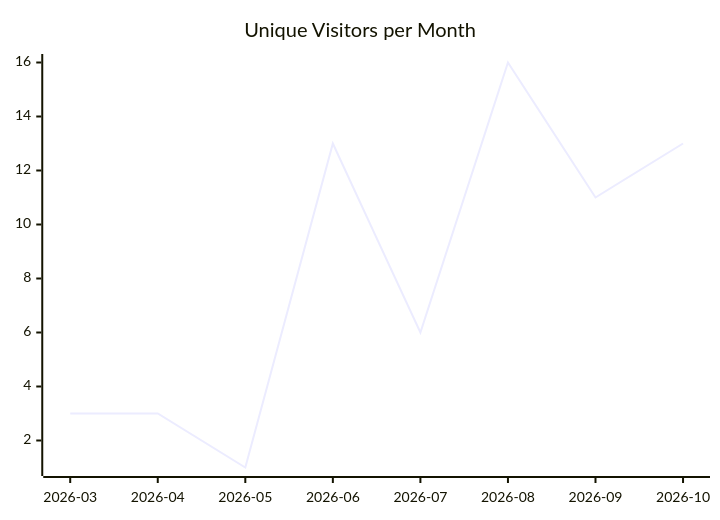
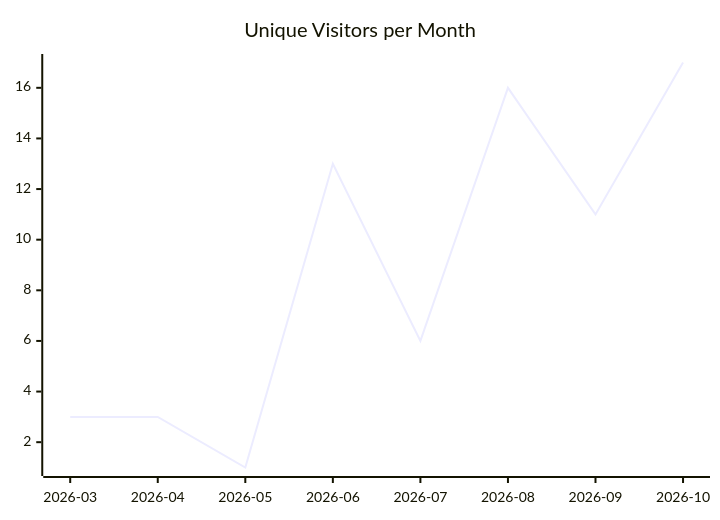
One commit to justdavis-family/github-analytics-data changed the first of 3 diagrams in karlmdavis/rps-tourney/README.md. Above: the diagram before and after it, drawn with Mermaid. The commit also changed other lines of this file and 200 other files, not shown here.

````diff
--- a/karlmdavis/rps-tourney/README.md
+++ b/karlmdavis/rps-tourney/README.md
@@ -5,6 +5,6 @@
 ```mermaid
 xychart-beta
   title "Unique Visitors per Month"
   x-axis ["2026-03", "2026-04", "2026-05", "2026-06", "2026-07", "2026-08", "2026-09", "2026-10"]
-  line [3, 3, 1, 13, 6, 16, 11, 13]
+  line [3, 3, 1, 13, 6, 16, 11, 17]
 ```
````
